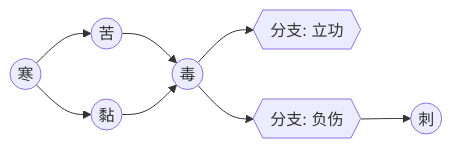
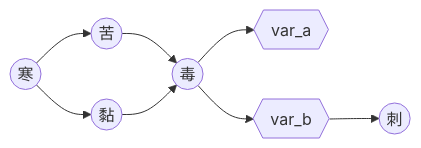
Before and after one commit to LEORChn/LEORChn.github.io: the first of 2 diagrams in wiki/BSCP/BSCP.md, drawn with Mermaid. The commit also changed other lines of this file and 3 other files, not shown here.

First line of the commit message:
毛兽百科 - BSCP v20：添加授权文章，排列图片顺序，重构流程图语法

````diff
--- a/wiki/BSCP/BSCP.md
+++ b/wiki/BSCP/BSCP.md
@@ -62,6 +62,5 @@
 ```mermaid
+%% {% assign var_a = '{{"分支：立功"}}' %}{% assign var_b = '{{"分支：负伤"}}' %}
 graph LR;
-	B((苦)); S((黏)); C((寒)); P((毒));P1{{分支: 立功}};P2{{分支: 负伤}};SP((刺));
-	C --> B --> P --> P1;
-	C --> S --> P --> P2 --> SP;
+	C((寒)) --> B((苦)) & S((黏)) -->  P((毒)) --> P1{{var_a}} & P2{{var_b}}; P2 --> SP((刺));
 ```
````
